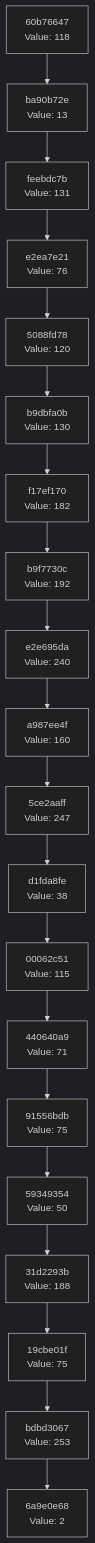
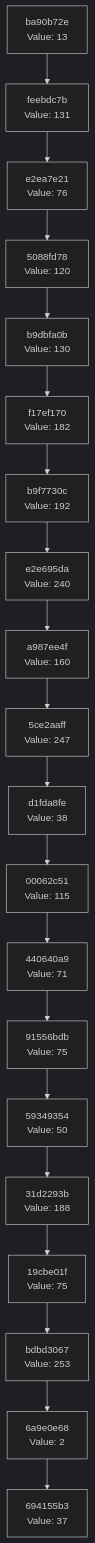
One commit to Abhisheksinha1506/hash-chain-evolver changed the diagram in docs/CHAIN_VISUALIZATION.md. Above: the diagram before and after it, drawn with Mermaid (dark theme). The commit also changed 1 other file, not shown here.

Commit message:
Evolution Step

````diff
--- a/docs/CHAIN_VISUALIZATION.md
+++ b/docs/CHAIN_VISUALIZATION.md
@@ -3,42 +3,42 @@
 ```mermaid
 graph TD
-    C0["6a9e0e68<br/>Value: 2"]
-    C1["bdbd3067<br/>Value: 253"]
+    C0["694155b3<br/>Value: 37"]
+    C1["6a9e0e68<br/>Value: 2"]
     C1 --> C0
-    C2["19cbe01f<br/>Value: 75"]
+    C2["bdbd3067<br/>Value: 253"]
     C2 --> C1
-    C3["31d2293b<br/>Value: 188"]
+    C3["19cbe01f<br/>Value: 75"]
     C3 --> C2
-    C4["59349354<br/>Value: 50"]
+    C4["31d2293b<br/>Value: 188"]
     C4 --> C3
-    C5["91556bdb<br/>Value: 75"]
+    C5["59349354<br/>Value: 50"]
     C5 --> C4
-    C6["440640a9<br/>Value: 71"]
+    C6["91556bdb<br/>Value: 75"]
     C6 --> C5
-    C7["00062c51<br/>Value: 115"]
+    C7["440640a9<br/>Value: 71"]
     C7 --> C6
-    C8["d1fda8fe<br/>Value: 38"]
+    C8["00062c51<br/>Value: 115"]
     C8 --> C7
-    C9["5ce2aaff<br/>Value: 247"]
+    C9["d1fda8fe<br/>Value: 38"]
     C9 --> C8
-    C10["a987ee4f<br/>Value: 160"]
+    C10["5ce2aaff<br/>Value: 247"]
     C10 --> C9
-    C11["e2e695da<br/>Value: 240"]
+    C11["a987ee4f<br/>Value: 160"]
     C11 --> C10
-    C12["b9f7730c<br/>Value: 192"]
+    C12["e2e695da<br/>Value: 240"]
     C12 --> C11
-    C13["f17ef170<br/>Value: 182"]
+    C13["b9f7730c<br/>Value: 192"]
     C13 --> C12
-    C14["b9dbfa0b<br/>Value: 130"]
+    C14["f17ef170<br/>Value: 182"]
     C14 --> C13
-    C15["5088fd78<br/>Value: 120"]
+    C15["b9dbfa0b<br/>Value: 130"]
     C15 --> C14
-    C16["e2ea7e21<br/>Value: 76"]
+    C16["5088fd78<br/>Value: 120"]
     C16 --> C15
-    C17["feebdc7b<br/>Value: 131"]
+    C17["e2ea7e21<br/>Value: 76"]
     C17 --> C16
-    C18["ba90b72e<br/>Value: 13"]
+    C18["feebdc7b<br/>Value: 131"]
     C18 --> C17
-    C19["60b76647<br/>Value: 118"]
+    C19["ba90b72e<br/>Value: 13"]
     C19 --> C18
 ```
````
